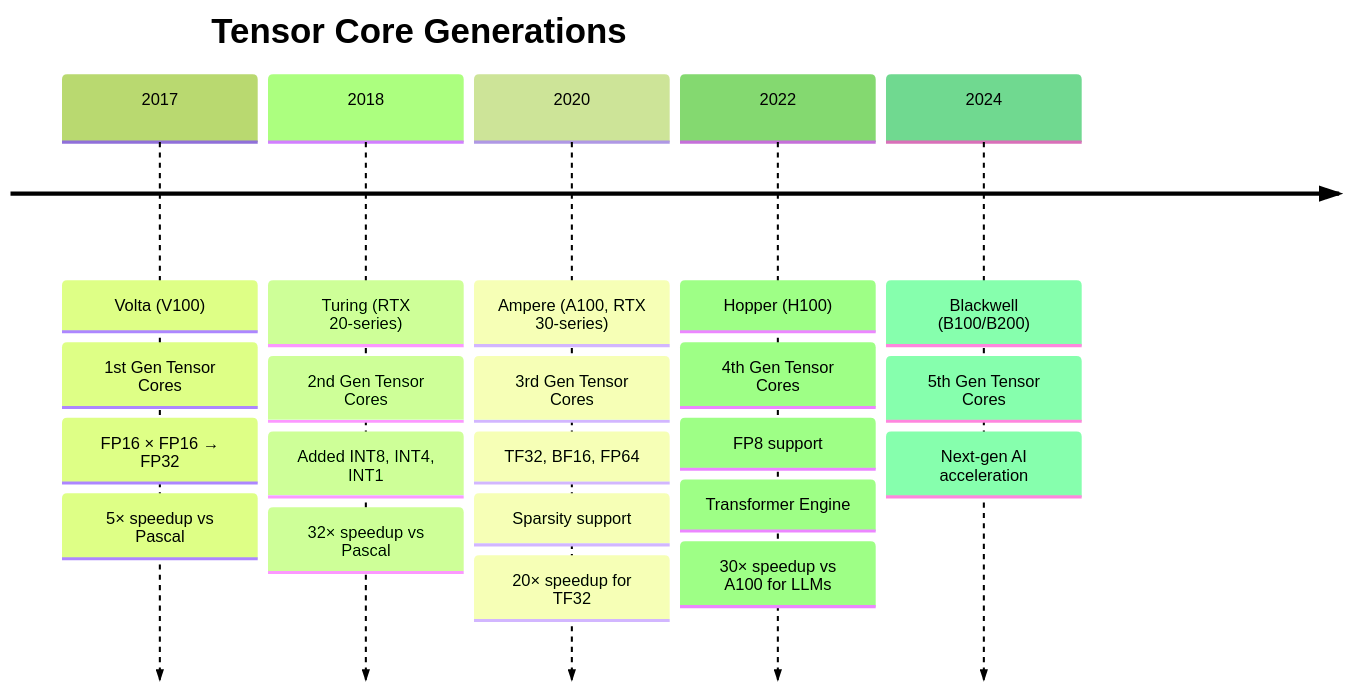
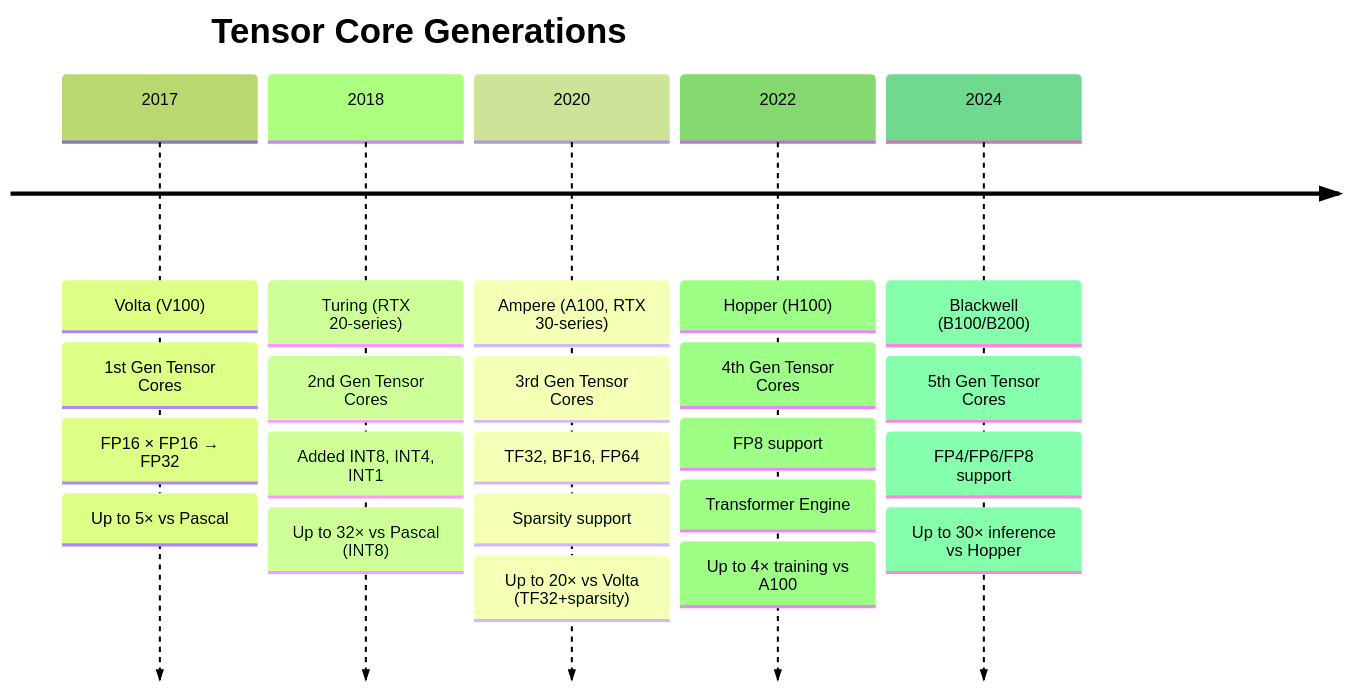
Before and after one commit to gsantopaolo/gsantopaolo.github.io: the second of 3 diagrams in _posts/2025/2025-12-03-Why-GPUs-Love-Tensors-Understanding-Tensor-Cores.md, drawn with Mermaid (forest theme). The commit also changed other lines of this file, not shown here.

````diff
--- a/_posts/2025/2025-12-03-Why-GPUs-Love-Tensors-Understanding-Tensor-Cores.md
+++ b/_posts/2025/2025-12-03-Why-GPUs-Love-Tensors-Understanding-Tensor-Cores.md
@@ -75,25 +75,26 @@
 ```mermaid
 timeline
     title Tensor Core Generations
     2017 : Volta (V100)
          : 1st Gen Tensor Cores
          : FP16 × FP16 → FP32
-         : 5× speedup vs Pascal
+         : Up to 5× vs Pascal
     2018 : Turing (RTX 20-series)
          : 2nd Gen Tensor Cores
          : Added INT8, INT4, INT1
-         : 32× speedup vs Pascal
+         : Up to 32× vs Pascal (INT8)
     2020 : Ampere (A100, RTX 30-series)
          : 3rd Gen Tensor Cores
          : TF32, BF16, FP64
          : Sparsity support
-         : 20× speedup for TF32
+         : Up to 20× vs Volta (TF32+sparsity)
     2022 : Hopper (H100)
          : 4th Gen Tensor Cores
          : FP8 support
          : Transformer Engine
-         : 30× speedup vs A100 for LLMs
+         : Up to 4× training vs A100
     2024 : Blackwell (B100/B200)
          : 5th Gen Tensor Cores
-         : Next-gen AI acceleration
+         : FP4/FP6/FP8 support
+         : Up to 30× inference vs Hopper
 ```
````
